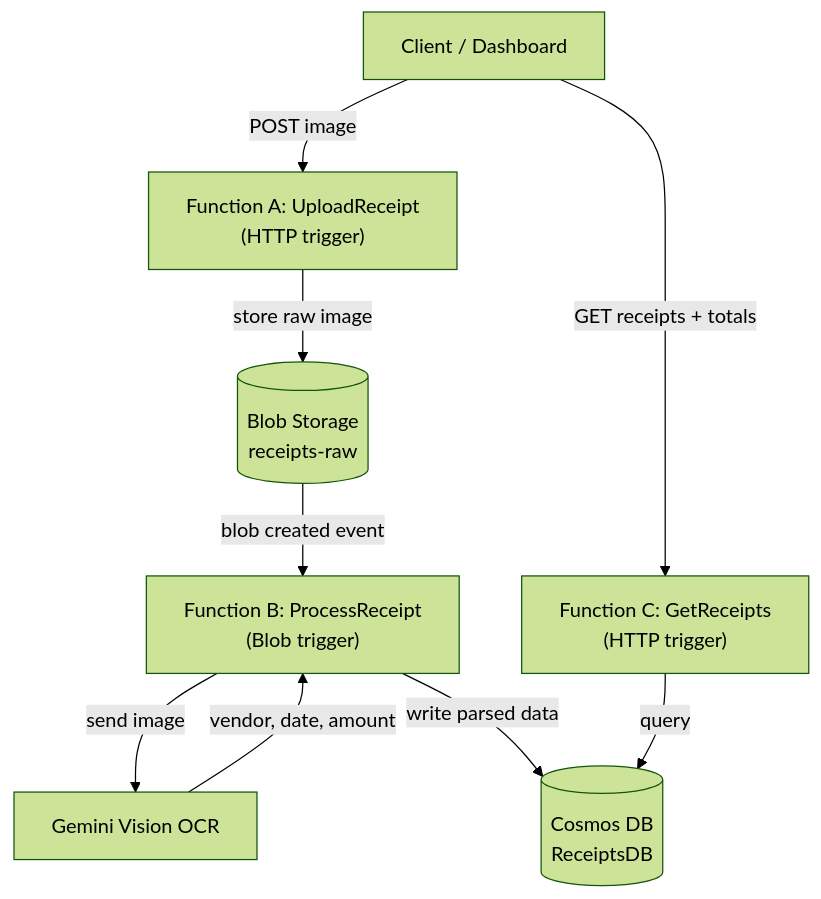
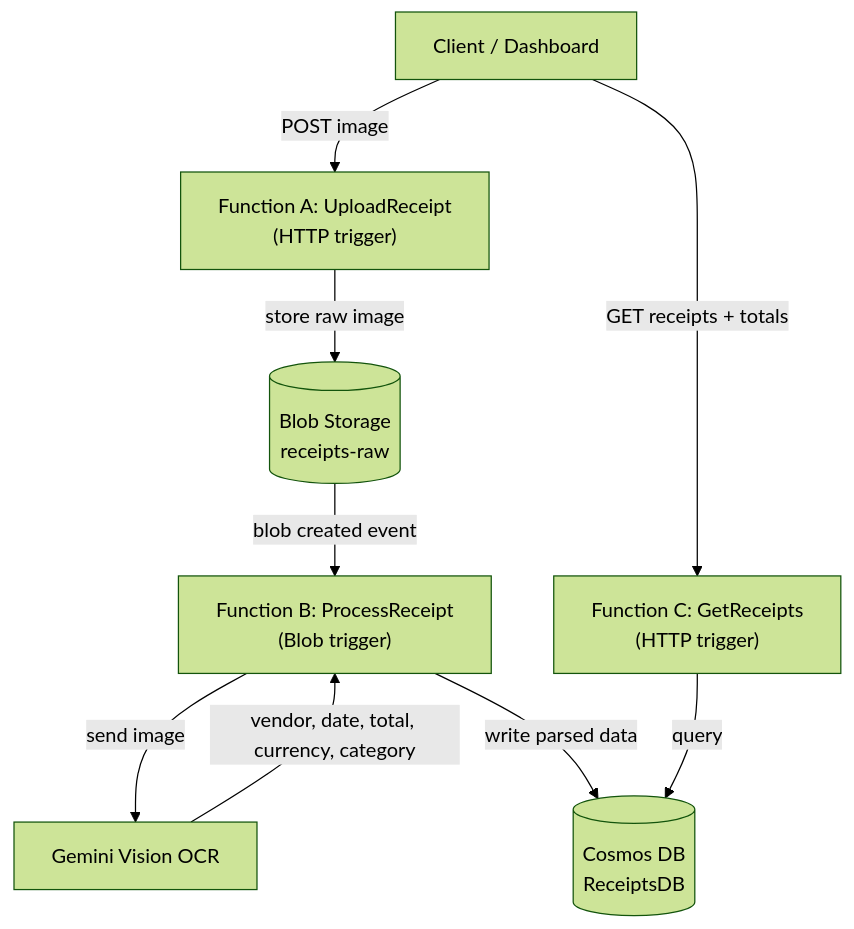
Before and after one commit to theawais77/Receipt-Tracker-Serverless-OCR-Pipeline-on-Azure: the diagram in README.md, drawn with Mermaid (forest theme). The commit also changed other lines of this file and 1 other file, not shown here.

````diff
--- a/README.md
+++ b/README.md
@@ -15,11 +17,11 @@
 ```mermaid
 flowchart TD
     U[Client / Dashboard] -->|POST image| A["Function A: UploadReceipt<br/>(HTTP trigger)"]
     A -->|store raw image| B[(Blob Storage<br/>receipts-raw)]
     B -->|blob created event| C["Function B: ProcessReceipt<br/>(Blob trigger)"]
     C -->|send image| G[Gemini Vision OCR]
-    G -->|vendor, date, amount| C
+    G -->|vendor, date, total, currency, category| C
     C -->|write parsed data| D[(Cosmos DB<br/>ReceiptsDB)]
     U -->|GET receipts + totals| E["Function C: GetReceipts<br/>(HTTP trigger)"]
     E -->|query| D
 ```
````
